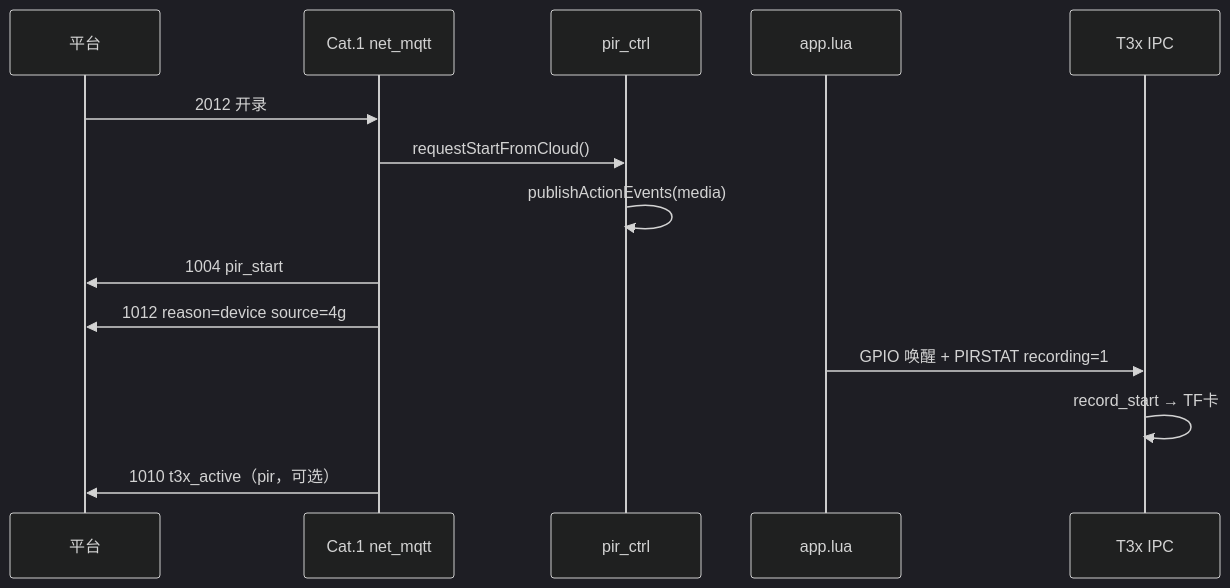
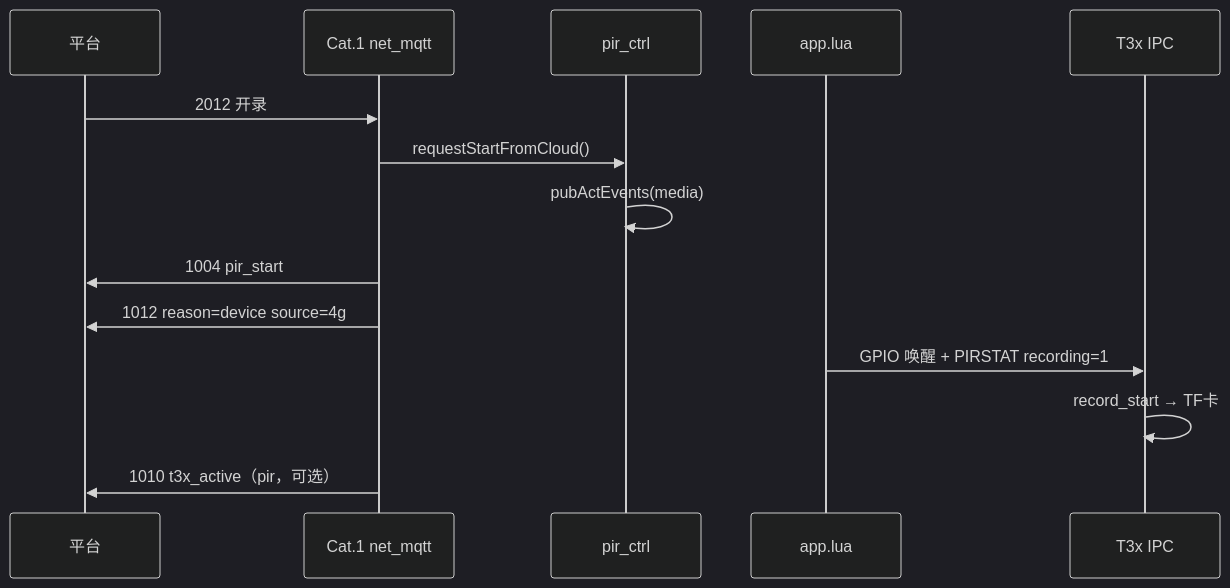
Before and after one commit to dzr1986/AIR780EHM: the diagram in doc/mqtt_2012_1012_flow.md, drawn with Mermaid (dark theme). The commit also changed other lines of this file and 84 other files, not shown here.

````diff
--- a/doc/mqtt_2012_1012_flow.md
+++ b/doc/mqtt_2012_1012_flow.md
@@ -33,17 +33,17 @@
 ```mermaid
 sequenceDiagram
     participant P as 平台
     participant C as Cat.1 net_mqtt
     participant PR as pir_ctrl
     participant A as app.lua
     participant T as T3x IPC
 
     P->>C: 2012 开录
     C->>PR: requestStartFromCloud()
-    PR->>PR: publishActionEvents(media)
+    PR->>PR: pubActEvents(media)
     C->>P: 1004 pir_start
     C->>P: 1012 reason=device source=4g
     A->>T: GPIO 唤醒 + PIRSTAT recording=1
     T->>T: record_start → TF卡
     C->>P: 1010 t3x_active（pir，可选）
 ```
````
